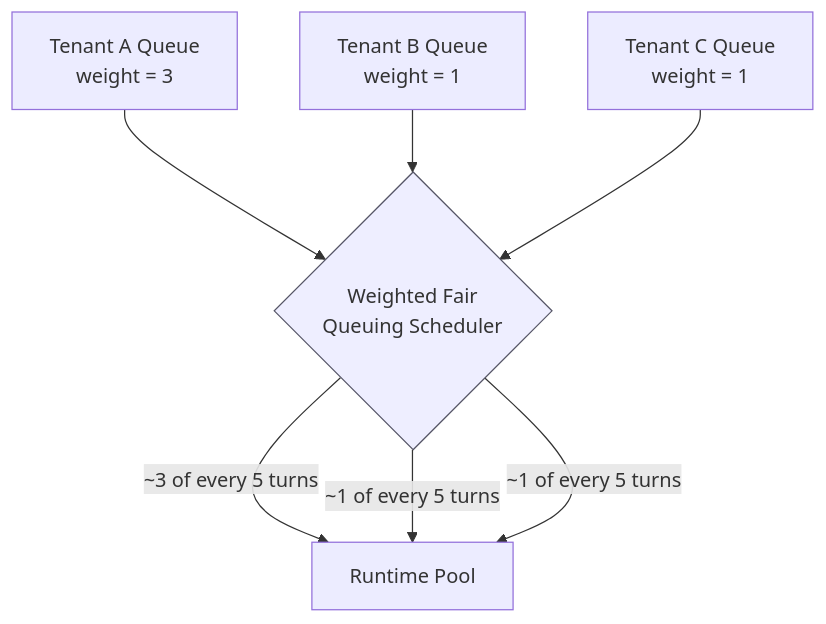
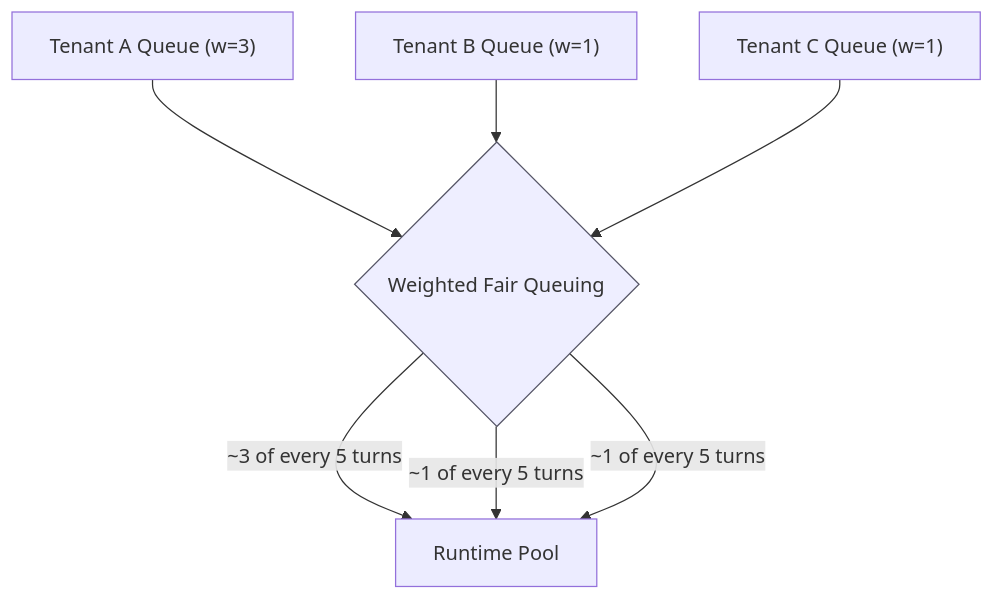
Before and after one commit to dsgouda7/ai-portfolio: the second of 3 diagrams in learning/agentic-ai-system-design/12-production-scale-and-capacity.md, drawn with Mermaid. The commit also changed 11 other files, not shown here.

````diff
--- a/learning/agentic-ai-system-design/12-production-scale-and-capacity.md
+++ b/learning/agentic-ai-system-design/12-production-scale-and-capacity.md
@@ -96,12 +96,12 @@
 ```mermaid
 flowchart TD
-    T1[Tenant A Queue\nweight = 3] --> Scheduler{Weighted Fair\nQueuing Scheduler}
-    T2[Tenant B Queue\nweight = 1] --> Scheduler
-    T3[Tenant C Queue\nweight = 1] --> Scheduler
+    T1["Tenant A Queue (w=3)"] --> Scheduler{Weighted Fair Queuing}
+    T2["Tenant B Queue (w=1)"] --> Scheduler
+    T3["Tenant C Queue (w=1)"] --> Scheduler
     Scheduler -->|~3 of every 5 turns| PoolA[Runtime Pool]
     Scheduler -->|~1 of every 5 turns| PoolA
     Scheduler -->|~1 of every 5 turns| PoolA
 
     classDef gate fill:#eef,stroke:#556,stroke-width:1px;
     class Scheduler gate
 ```
````
